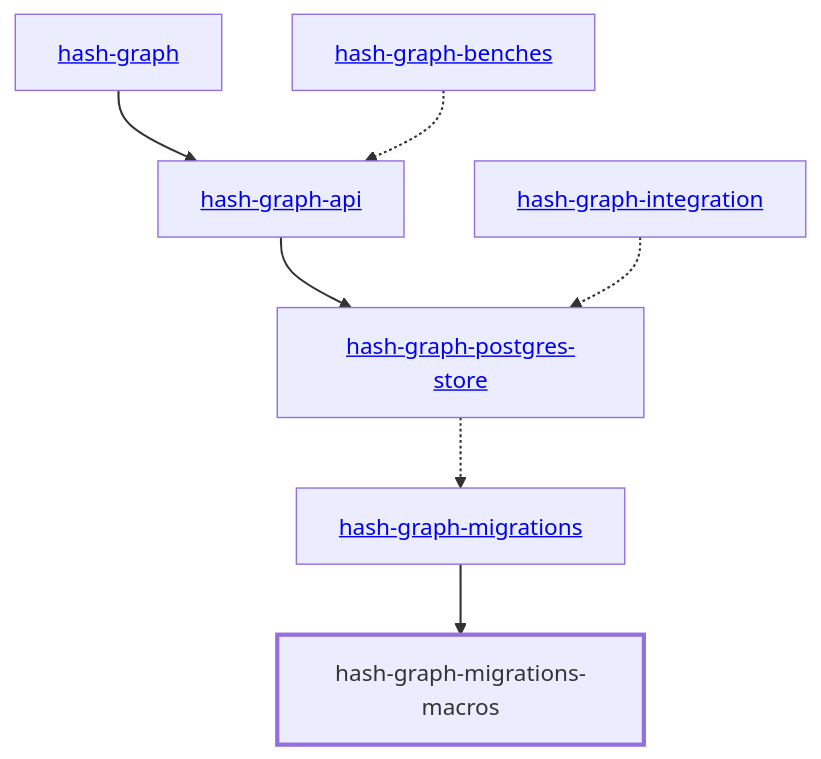
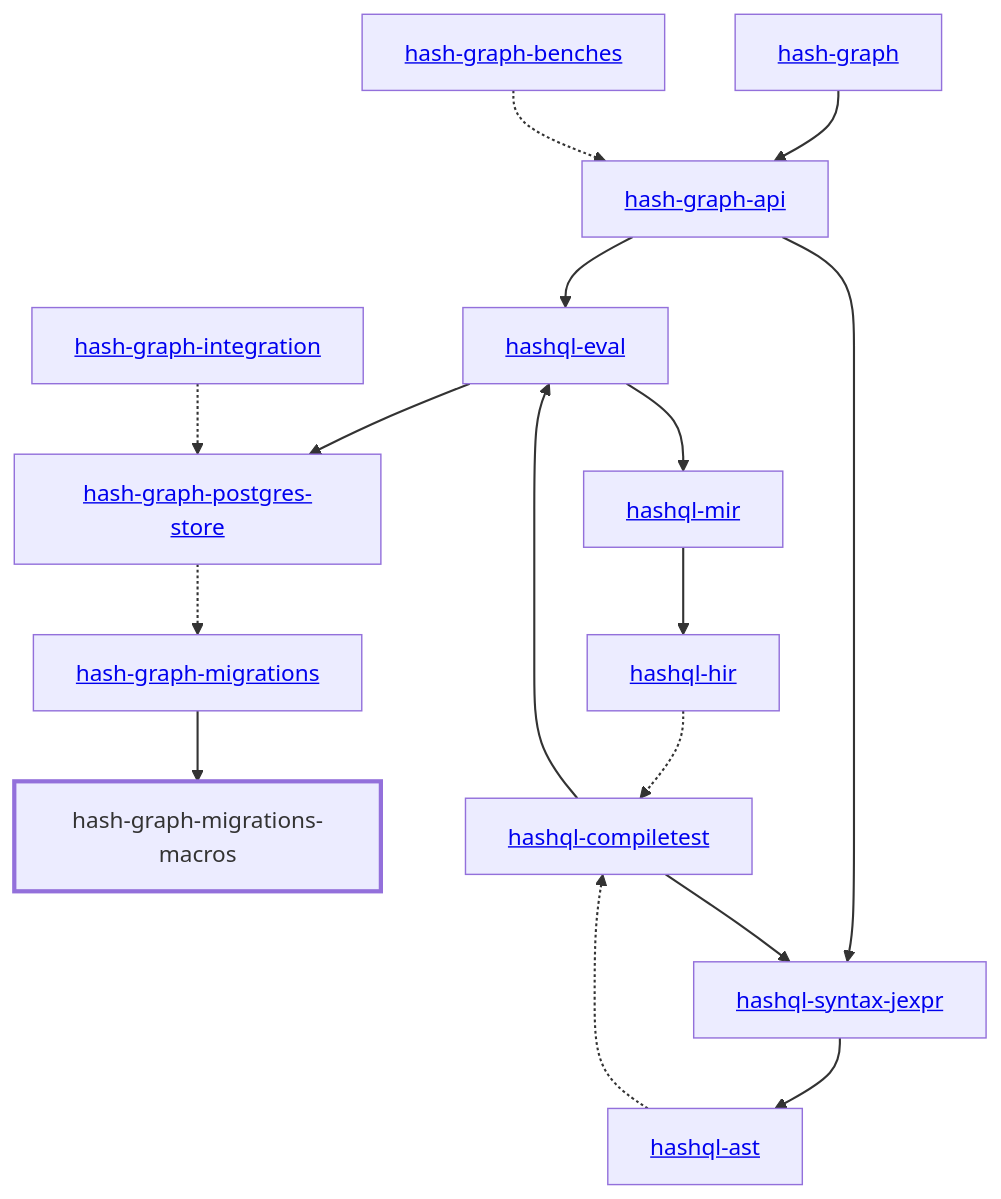
The diagram in libs/@local/graph/migrations-macros/docs/dependency-diagram.mmd (hashintel/hash), drawn with Mermaid before and after one commit. The commit also changed 69 other files, not shown here.

```diff
--- a/libs/@local/graph/migrations-macros/docs/dependency-diagram.mmd
+++ b/libs/@local/graph/migrations-macros/docs/dependency-diagram.mmd
@@ -1,24 +1,39 @@
 graph TD
     linkStyle default stroke-width:1.5px
     classDef default stroke-width:1px
     classDef root stroke-width:3px
     classDef dev stroke-width:1px
     classDef build stroke-width:1px
     %% Legend
     %% --> : Normal dependency
     %% -.-> : Dev dependency
     %% ---> : Build dependency
     0[<a href="../hash_graph/index.html">hash-graph</a>]
     1[<a href="../hash_graph_api/index.html">hash-graph-api</a>]
     2[<a href="../hash_graph_migrations/index.html">hash-graph-migrations</a>]
     3[hash-graph-migrations-macros]
     class 3 root
     4[<a href="../hash_graph_postgres_store/index.html">hash-graph-postgres-store</a>]
-    5[<a href="../hash_graph_benches/index.html">hash-graph-benches</a>]
-    6[<a href="../hash_graph_integration/index.html">hash-graph-integration</a>]
+    5[<a href="../hashql_ast/index.html">hashql-ast</a>]
+    6[<a href="../hashql_compiletest/index.html">hashql-compiletest</a>]
+    7[<a href="../hashql_eval/index.html">hashql-eval</a>]
+    8[<a href="../hashql_hir/index.html">hashql-hir</a>]
+    9[<a href="../hashql_mir/index.html">hashql-mir</a>]
+    10[<a href="../hashql_syntax_jexpr/index.html">hashql-syntax-jexpr</a>]
+    11[<a href="../hash_graph_benches/index.html">hash-graph-benches</a>]
+    12[<a href="../hash_graph_integration/index.html">hash-graph-integration</a>]
     0 --> 1
-    1 --> 4
+    1 --> 7
+    1 --> 10
     2 --> 3
     4 -.-> 2
-    5 -.-> 1
-    6 -.-> 4
+    5 -.-> 6
+    6 --> 7
+    6 --> 10
+    7 --> 4
+    7 --> 9
+    8 -.-> 6
+    9 --> 8
+    10 --> 5
+    11 -.-> 1
+    12 -.-> 4
```
